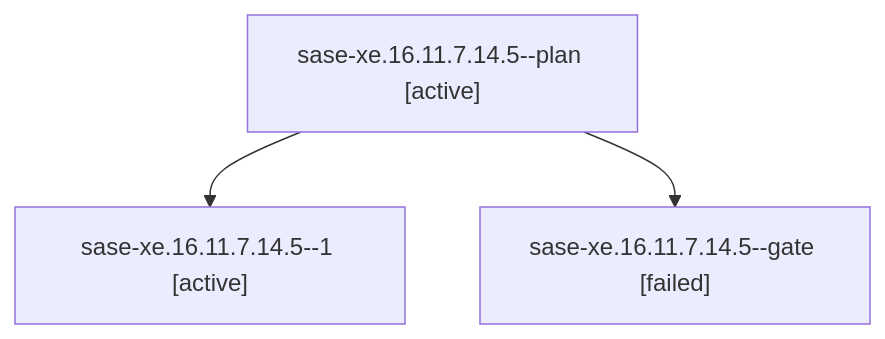
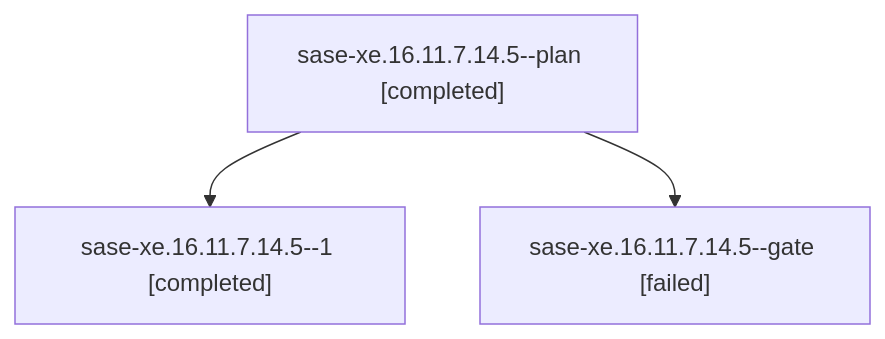
The diagram in families/bbugyi200.athena.sase-xe.16.11.7.14.5.md (sase-org/sase--agents), drawn with Mermaid before and after one commit. The commit also changed other lines of this file and 257 other files, not shown here.

````diff
--- a/families/bbugyi200.athena.sase-xe.16.11.7.14.5.md
+++ b/families/bbugyi200.athena.sase-xe.16.11.7.14.5.md
@@ -9,8 +9,8 @@
 ```mermaid
 flowchart TD
-  n0["sase-xe.16.11.7.14.5--plan [active]"]
-  n1["sase-xe.16.11.7.14.5--1 [active]"]
+  n0["sase-xe.16.11.7.14.5--plan [completed]"]
+  n1["sase-xe.16.11.7.14.5--1 [completed]"]
   n0 --> n1
   n2["sase-xe.16.11.7.14.5--gate [failed]"]
   n0 --> n2
 ```
````
